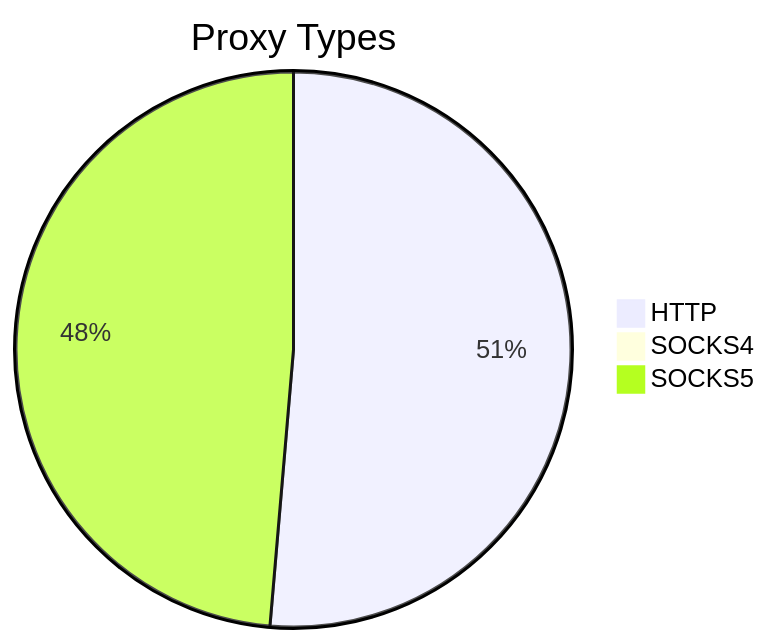
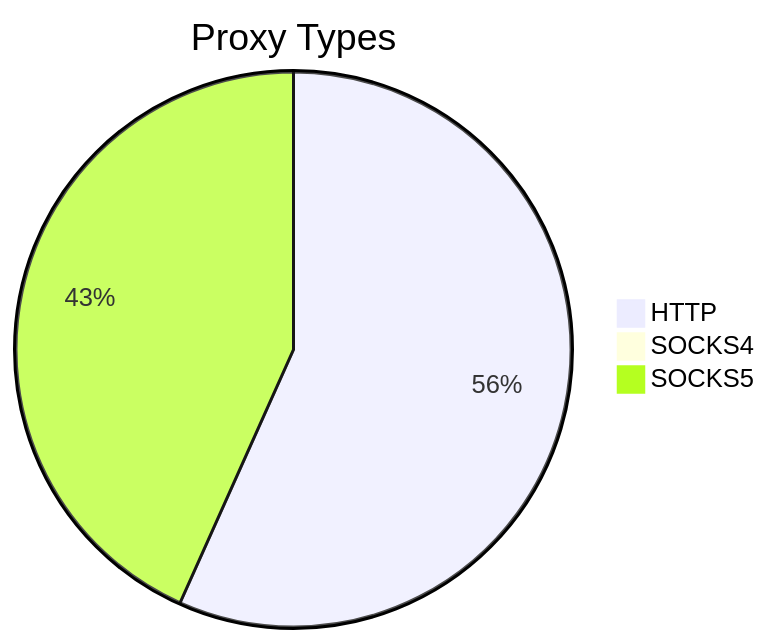
One commit to stormsia/proxy-list changed the first of 2 diagrams in README.md. Above: the diagram before and after it, drawn with Mermaid. The commit also changed other lines of this file, not shown here.

````diff
--- a/README.md
+++ b/README.md
@@ -21,6 +21,6 @@
 ```mermaid
 pie title Proxy Types
-    "HTTP" : 2089
+    "HTTP" : 2276
     "SOCKS4" : 18
-    "SOCKS5" : 1979
+    "SOCKS5" : 1738
 ```
````
